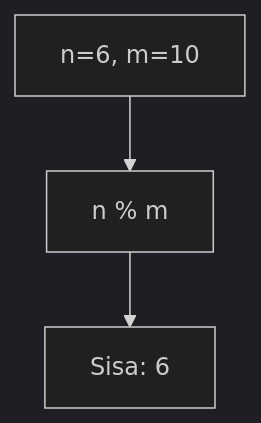
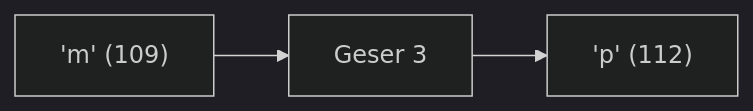
Diagram 17 of 25 in part-c-pemahaman-cpp/01-tipe-data/latihan/set-05.md (amnahwaida/OSNK_INF_PREP), drawn with Mermaid (dark theme) before and after one commit. The commit also changed other lines of this file and 71 other files, not shown here.

````diff
--- a/part-c-pemahaman-cpp/01-tipe-data/latihan/set-05.md
+++ b/part-c-pemahaman-cpp/01-tipe-data/latihan/set-05.md
@@ -430,5 +480,5 @@
 ```mermaid
-graph TD
-A["n=6, m=10"] --> B["n % m"]
-B --> C["Sisa: 6"]
+graph LR
+A["'m' (109)"] --> B["Geser 3"]
+B --> C["'p' (112)"]
 ```
````
